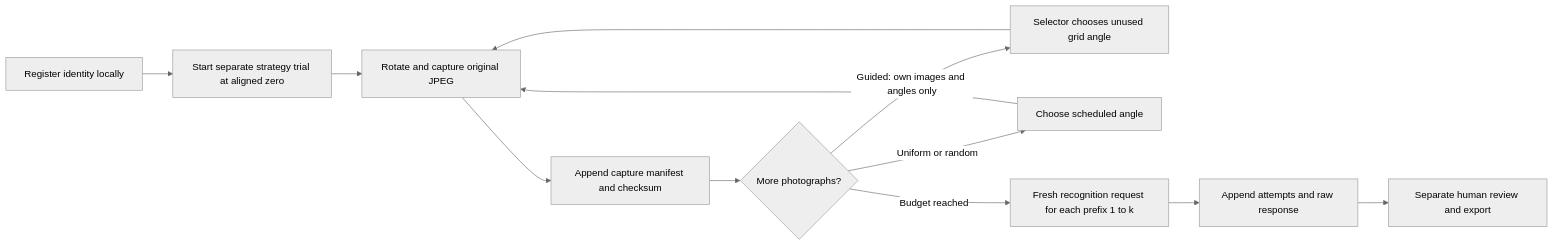
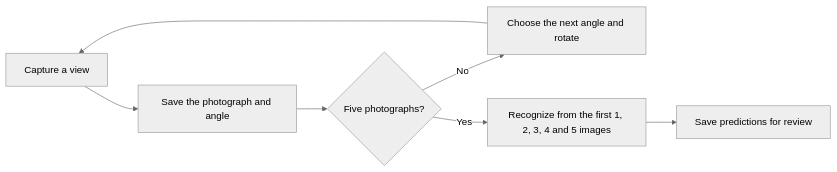
Before and after one commit to AbdulNafeh10/SIGHTLINE: the diagram in docs/methodology.md, drawn with Mermaid (neutral theme). The commit also changed other lines of this file and 3 other files, not shown here.

````diff
--- a/docs/methodology.md
+++ b/docs/methodology.md
@@ -7,14 +55,9 @@
 ```mermaid
 flowchart LR
-    R[Register identity locally] --> B[Start separate strategy trial at aligned zero]
-    B --> C[Rotate and capture original JPEG]
-    C --> M[Append capture manifest and checksum]
-    M --> S{More photographs?}
-    S -->|Guided: own images and angles only| A[Selector chooses unused grid angle]
-    S -->|Uniform or random| F[Choose scheduled angle]
-    A --> C
-    F --> C
-    S -->|Budget reached| E[Fresh recognition request for each prefix 1 to k]
-    E --> L[Append attempts and raw response]
-    L --> H[Separate human review and export]
+    A[Capture a view] --> B[Save the photograph and angle]
+    B --> C{Five photographs?}
+    C -->|No| D[Choose the next angle and rotate]
+    D --> A
+    C -->|Yes| E[Recognize from the first 1, 2, 3, 4 and 5 images]
+    E --> F[Save predictions for review]
 ```
````
